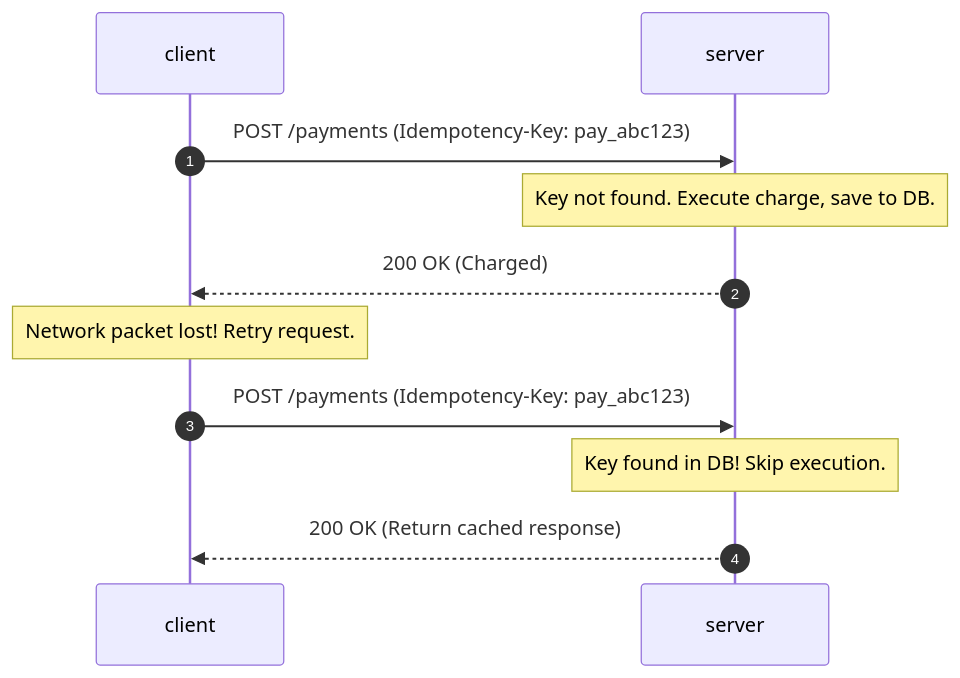
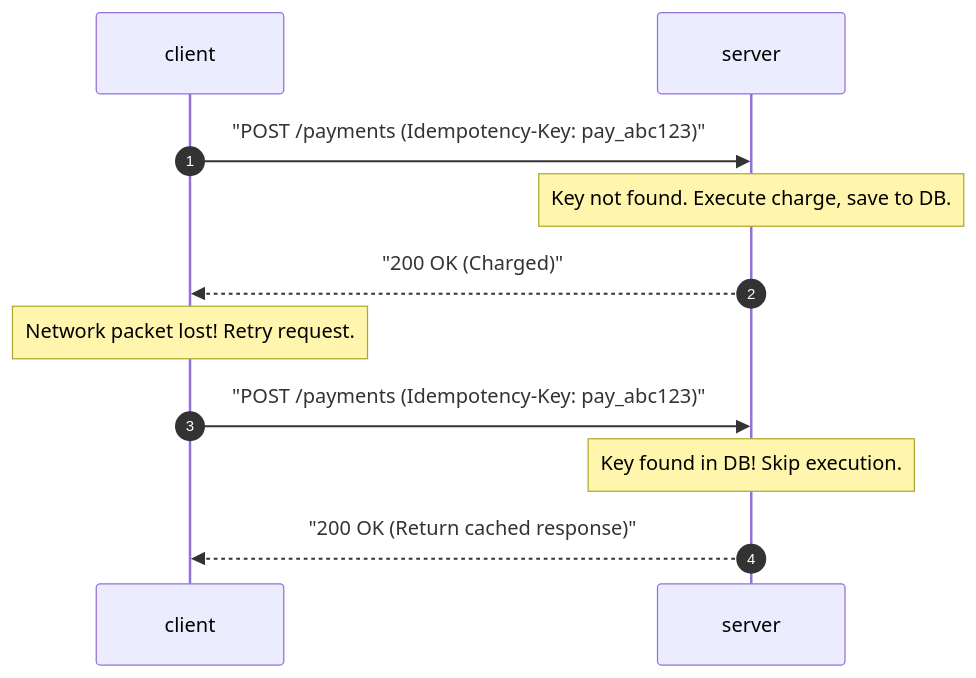
One commit to weifengcao/deep_system_design changed the fourth of 4 diagrams in Patterns/03_multi_step_processes.md. Above: the diagram before and after it, drawn with Mermaid. The commit also changed other lines of this file and 7 other files, not shown here.

First line of the commit message:
fix: resolve Mermaid diagram parsing errors across all pattern files

````diff
--- a/Patterns/03_multi_step_processes.md
+++ b/Patterns/03_multi_step_processes.md
@@ -118,11 +118,11 @@
 ```mermaid
 sequenceDiagram
     autonumber
-    client->>server: POST /payments (Idempotency-Key: pay_abc123)
+    client->>server: "POST /payments (Idempotency-Key: pay_abc123)"
     Note over server: Key not found. Execute charge, save to DB.
-    server-->>client: 200 OK (Charged)
+    server-->>client: "200 OK (Charged)"
     Note over client: Network packet lost! Retry request.
-    client->>server: POST /payments (Idempotency-Key: pay_abc123)
+    client->>server: "POST /payments (Idempotency-Key: pay_abc123)"
     Note over server: Key found in DB! Skip execution.
-    server-->>client: 200 OK (Return cached response)
+    server-->>client: "200 OK (Return cached response)"
 ```
````
